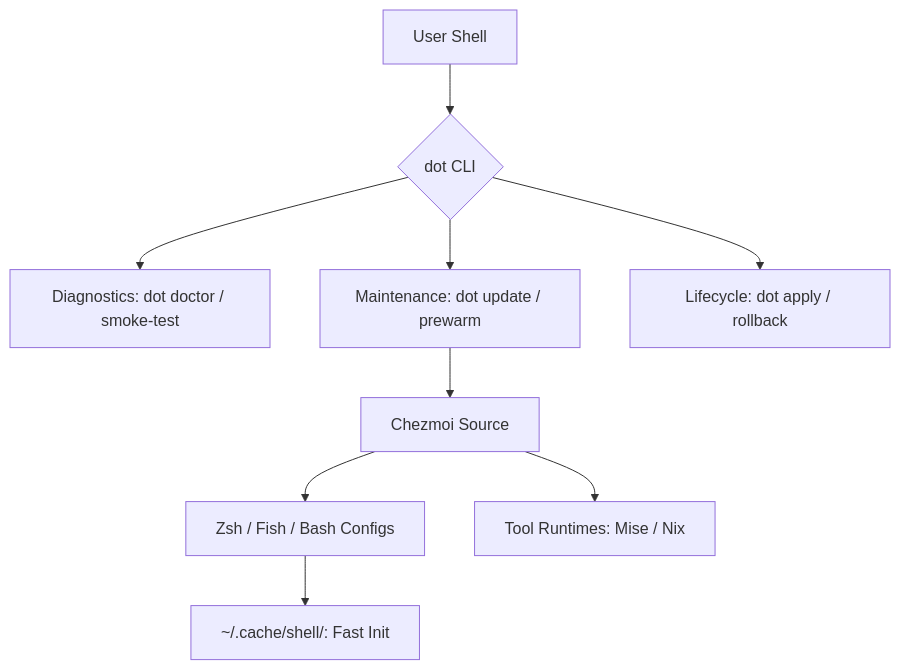
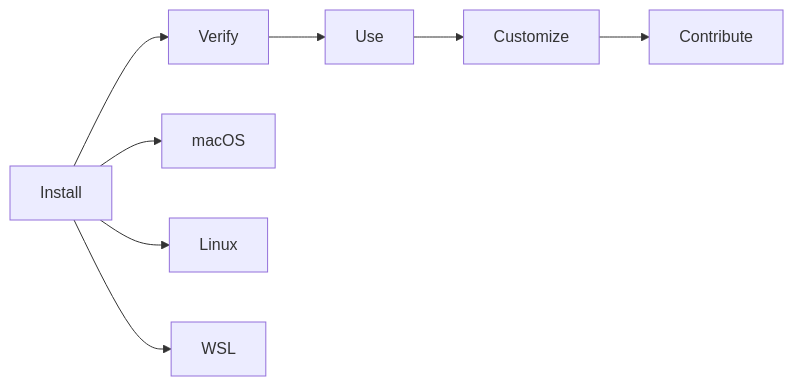
One commit to sebastienrousseau/dotfiles changed the diagram in README.md. Above: the diagram before and after it, drawn with Mermaid. The commit also changed other lines of this file and 4 other files, not shown here.

````diff
--- a/README.md
+++ b/README.md
@@ -86,11 +61,11 @@
 ```mermaid
-graph TD
-    A[User Shell] --> B{dot CLI}
-    B --> C[Diagnostics: dot doctor / smoke-test]
-    B --> D[Maintenance: dot update / prewarm]
-    B --> E[Lifecycle: dot apply / rollback]
-    D --> F[Chezmoi Source]
-    F --> G[Zsh / Fish / Bash Configs]
-    F --> H[Tool Runtimes: Mise / Nix]
-    G --> I[~/.cache/shell/: Fast Init]
+flowchart LR
+  A[Install] --> B[Verify]
+  B --> C[Use]
+  C --> D[Customize]
+  D --> E[Contribute]
+
+  A --> A1[macOS]
+  A --> A2[Linux]
+  A --> A3[WSL]
 ```
````
